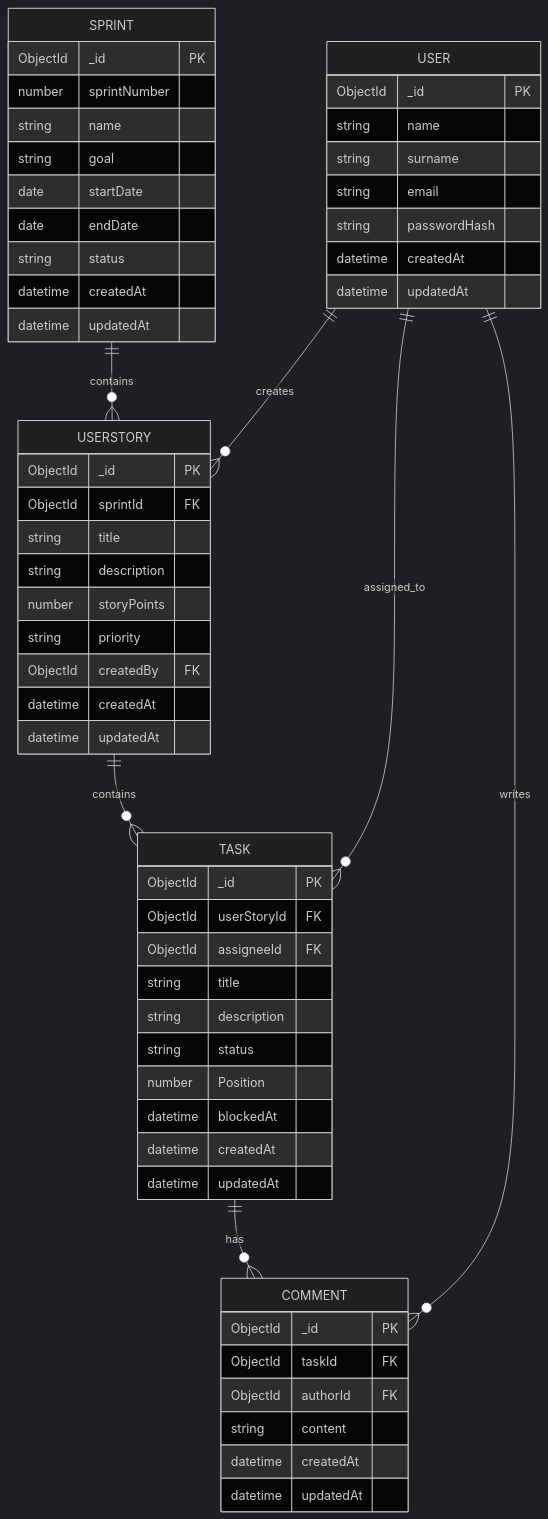
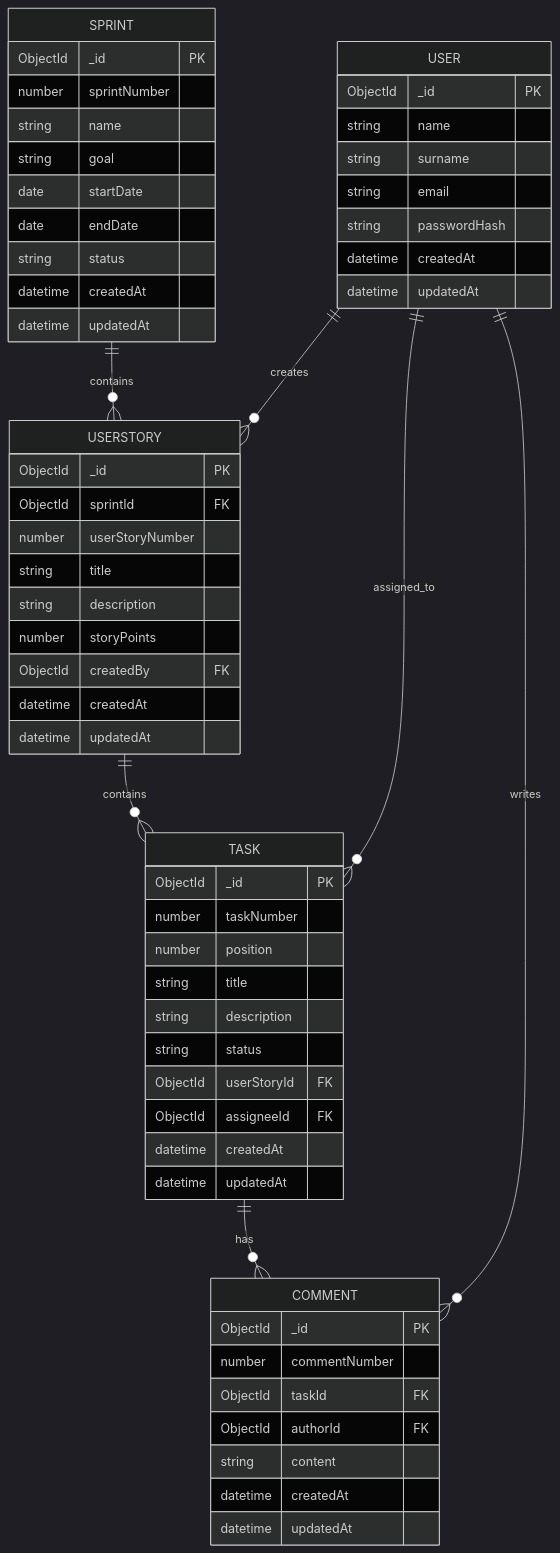
One commit to tiMtanic/scrumigo-react changed the diagram in README.md. Above: the diagram before and after it, drawn with Mermaid (dark theme). The commit also changed 12 other files, not shown here.

````diff
--- a/README.md
+++ b/README.md
@@ -4,67 +4,68 @@
 ```mermaid
 erDiagram
     USER {
         ObjectId _id PK
         string name
         string surname
         string email
         string passwordHash
         datetime createdAt
         datetime updatedAt
     }
 
     SPRINT {
         ObjectId _id PK
         number sprintNumber
         string name
         string goal
         date startDate
         date endDate
         string status
         datetime createdAt
         datetime updatedAt
     }
 
     USERSTORY {
         ObjectId _id PK
         ObjectId sprintId FK
+        number userStoryNumber
         string title
         string description
         number storyPoints
-        string priority
         ObjectId createdBy FK
         datetime createdAt
         datetime updatedAt
     }
 
     TASK {
         ObjectId _id PK
-        ObjectId userStoryId FK
-        ObjectId assigneeId FK
+        number taskNumber
+        number position
         string title
         string description
         string status
-        number Position
-        datetime blockedAt
+        ObjectId userStoryId FK
+        ObjectId assigneeId FK
         datetime createdAt
         datetime updatedAt
     }
 
     COMMENT {
         ObjectId _id PK
+        number commentNumber
         ObjectId taskId FK
         ObjectId authorId FK
         string content
         datetime createdAt
         datetime updatedAt
     }
 
     SPRINT ||--o{ USERSTORY : contains
     USER ||--o{ USERSTORY : creates
 
     USERSTORY ||--o{ TASK : contains
     USER ||--o{ TASK : assigned_to
 
     TASK ||--o{ COMMENT : has
     USER ||--o{ COMMENT : writes
 ```
````
